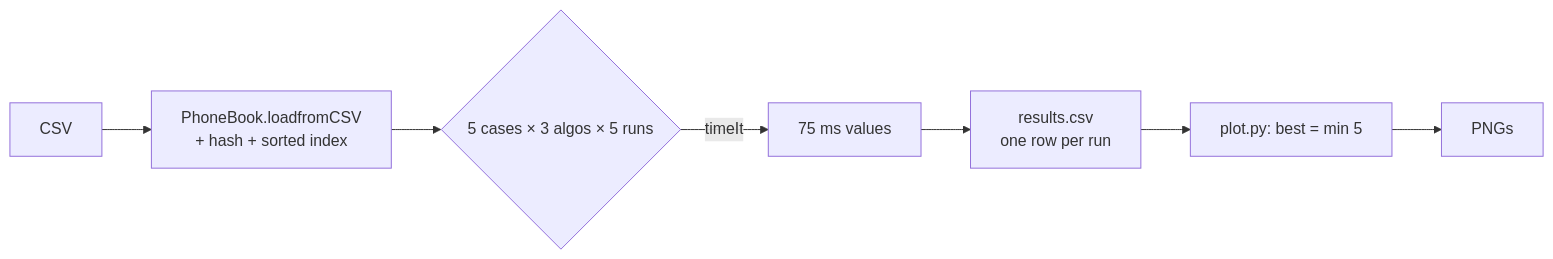
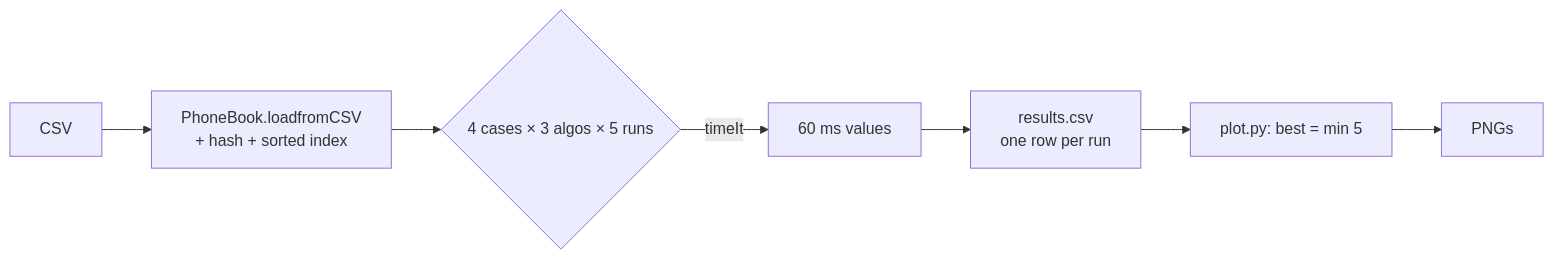
Before and after one commit to TraiNguyenVan/dsa-group-project: the second of 3 diagrams in docs/benchmark/09-architecture.md, drawn with Mermaid. The commit also changed other lines of this file and 10 other files, not shown here.

````diff
--- a/docs/benchmark/09-architecture.md
+++ b/docs/benchmark/09-architecture.md
@@ -103,9 +103,9 @@
 ```mermaid
 flowchart LR
     A[CSV] --> B[PhoneBook.loadfromCSV\n+ hash + sorted index]
-    B --> C{5 cases × 3 algos × 5 runs}
-    C -->|timeIt| D[75 ms values]
+    B --> C{4 cases × 3 algos × 5 runs}
+    C -->|timeIt| D[60 ms values]
     D --> E[results.csv\none row per run]
     E --> F[plot.py: best = min 5]
     F --> G[PNGs]
 ```
````
